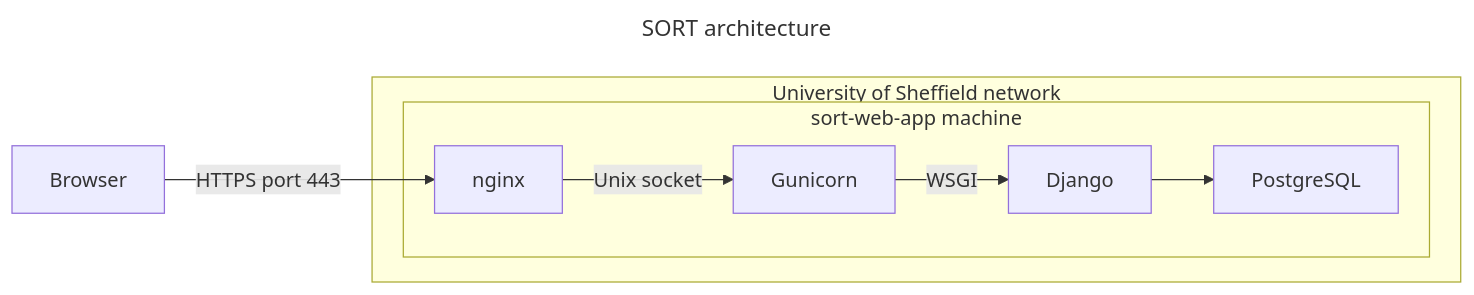
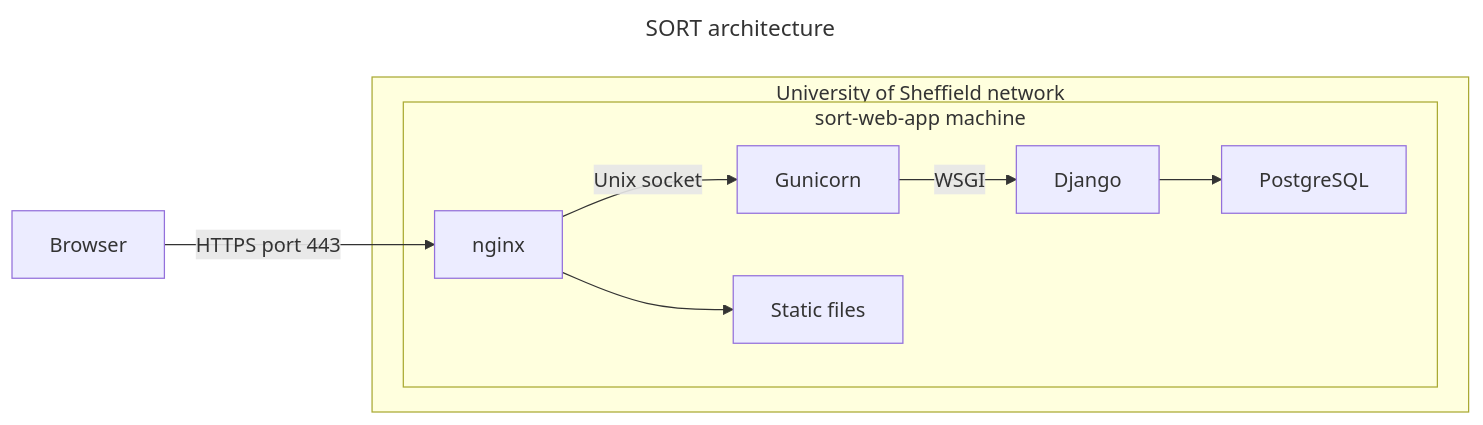
Before and after one commit to RSE-Sheffield/SORT: the diagram in docs/deployment.md, drawn with Mermaid. The commit also changed other lines of this file and 3 other files, not shown here.

````diff
--- a/docs/deployment.md
+++ b/docs/deployment.md
@@ -7,14 +5,15 @@
 ```mermaid
 ---
 title: SORT architecture
 ---
 flowchart LR
 Browser -- "HTTPS port 443" --> nginx
 subgraph University of Sheffield network
     subgraph sort-web-app machine
     nginx -- "Unix socket" --> Gunicorn
+    nginx --> static["Static files"]
     Gunicorn -- "WSGI" --> Django
     Django --> PostgreSQL
     end
 end
 ```
````
